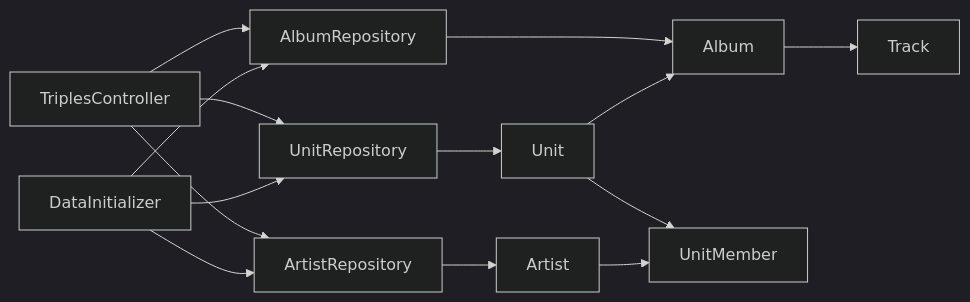
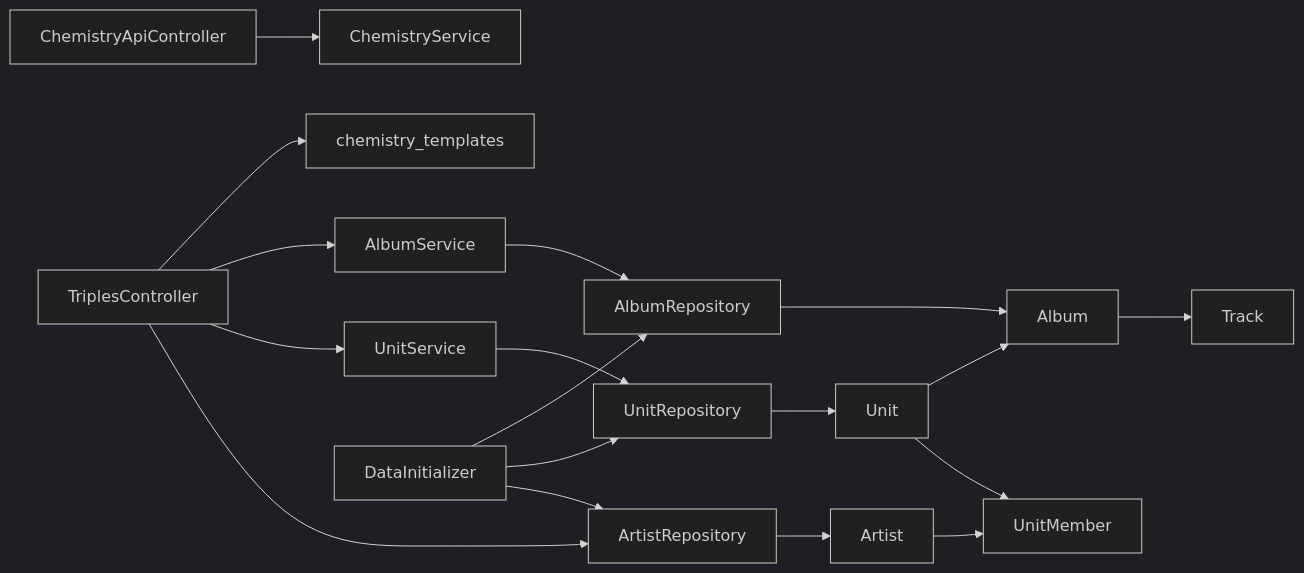
One commit to TriplesWeb/triplesweb changed the sixth of 15 diagrams in docs/DOMAINS.md. Above: the diagram before and after it, drawn with Mermaid (dark theme). The commit also changed other lines of this file and 1 other file, not shown here.

````diff
--- a/docs/DOMAINS.md
+++ b/docs/DOMAINS.md
@@ -208,16 +207,20 @@
 ```mermaid
 flowchart LR
   TC[TriplesController] --> ArtR[ArtistRepository]
-  TC --> UniR[UnitRepository]
-  TC --> AlbR[AlbumRepository]
+  TC --> UniS[UnitService]
+  TC --> AlbS[AlbumService]
+  TC --> Chem[chemistry_templates]
+  UniS --> UniR[UnitRepository]
+  AlbS --> AlbR[AlbumRepository]
   ArtR --> Artist
   UniR --> Unit
   AlbR --> Album
   Unit --> UnitMember
   Artist --> UnitMember
   Unit --> Album
   Album --> Track
+  ChemApi[ChemistryApiController] --> ChemS[ChemistryService]
   DI[DataInitializer] --> ArtR
   DI --> UniR
   DI --> AlbR
 ```
````
